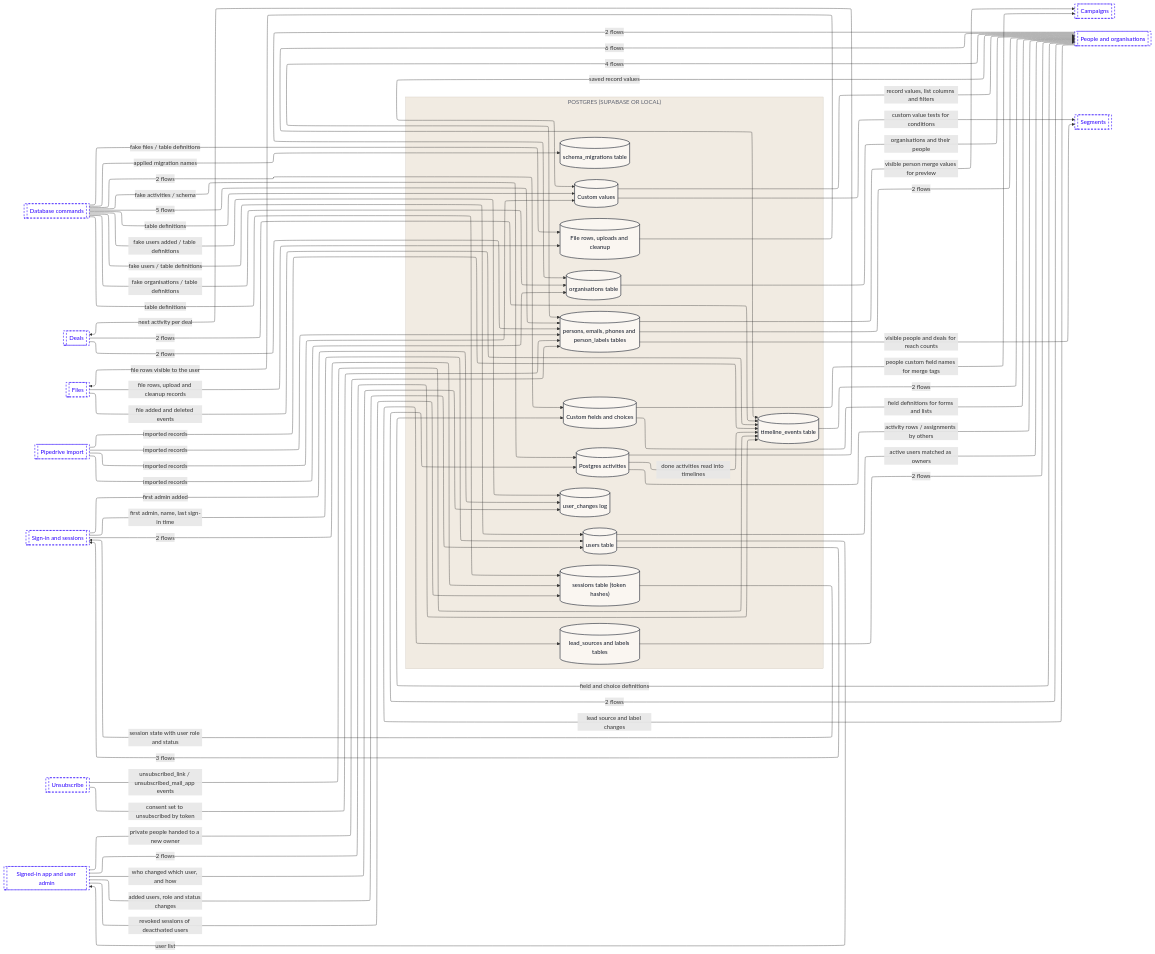
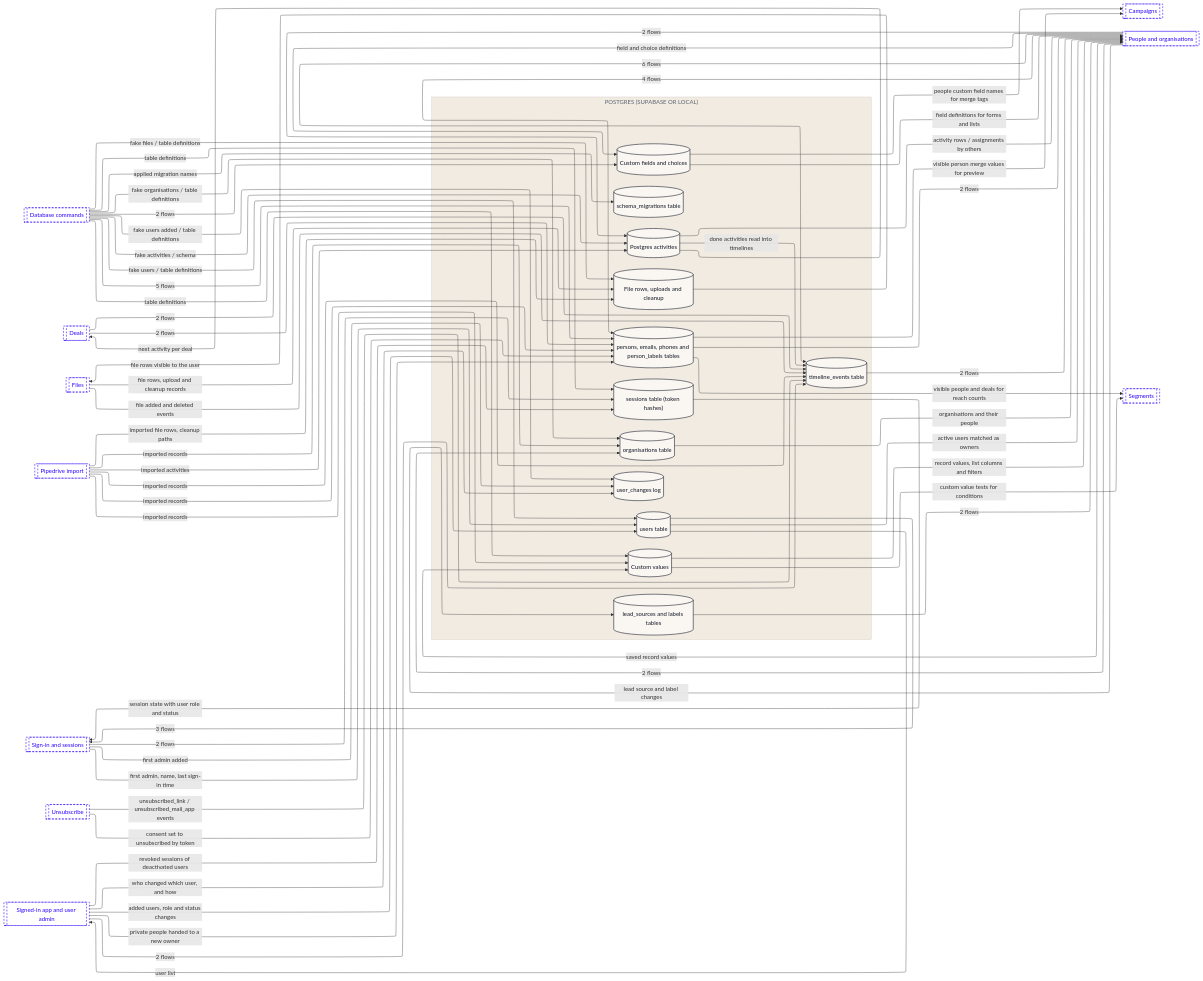
Before and after one commit to Romain-Perche/Barnacle-Pipe: the fourth of 16 diagrams in dataflow/DATAFLOW.md, drawn with Mermaid. The commit also changed other lines of this file and 6 other files, not shown here.

```diff
--- a/dataflow/DATAFLOW.md
+++ b/dataflow/DATAFLOW.md
@@ -326,7 +328,9 @@
     n7 -->|"2 flows"| n18
     n7 -->|"visible person merge values for preview"| n13
     n7 -->|"visible people and deals for reach counts"| n19
+    n17 -->|"imported activities"| n1
     n17 -->|"imported records"| n4
+    n17 -->|"imported file rows, cleanup paths"| n5
     n17 -->|"imported records"| n6
     n17 -->|"imported records"| n7
     n17 -->|"imported records"| n10
```
